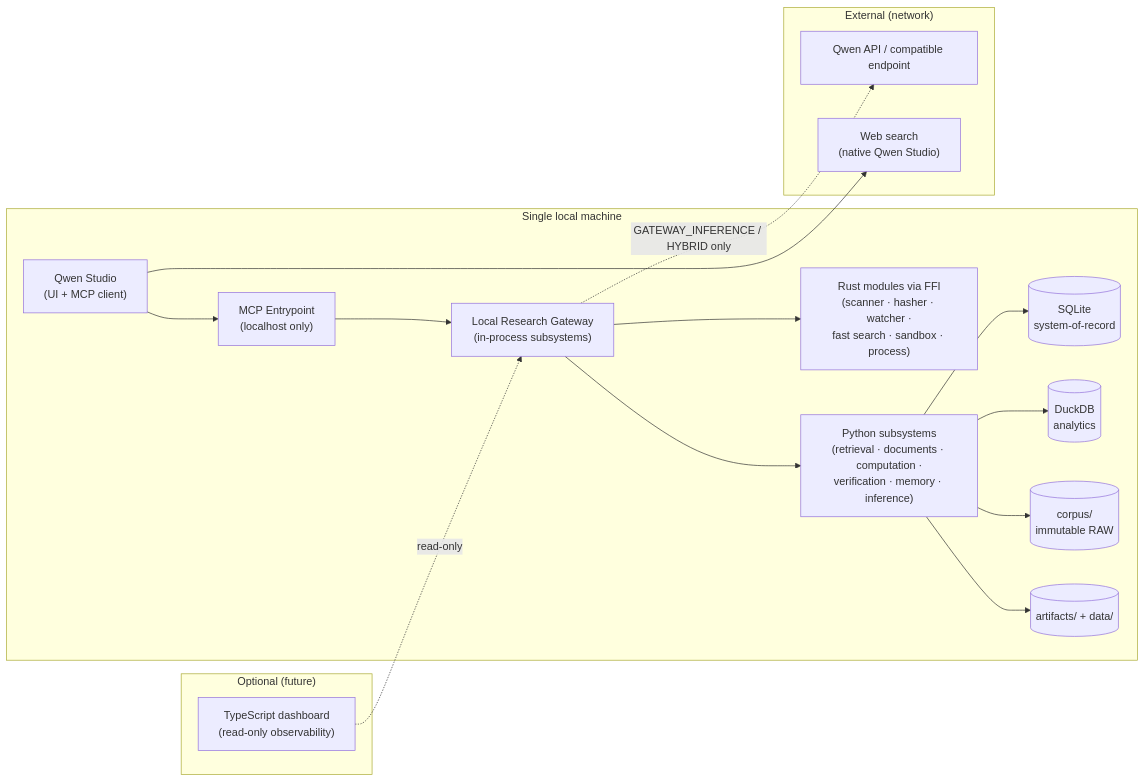
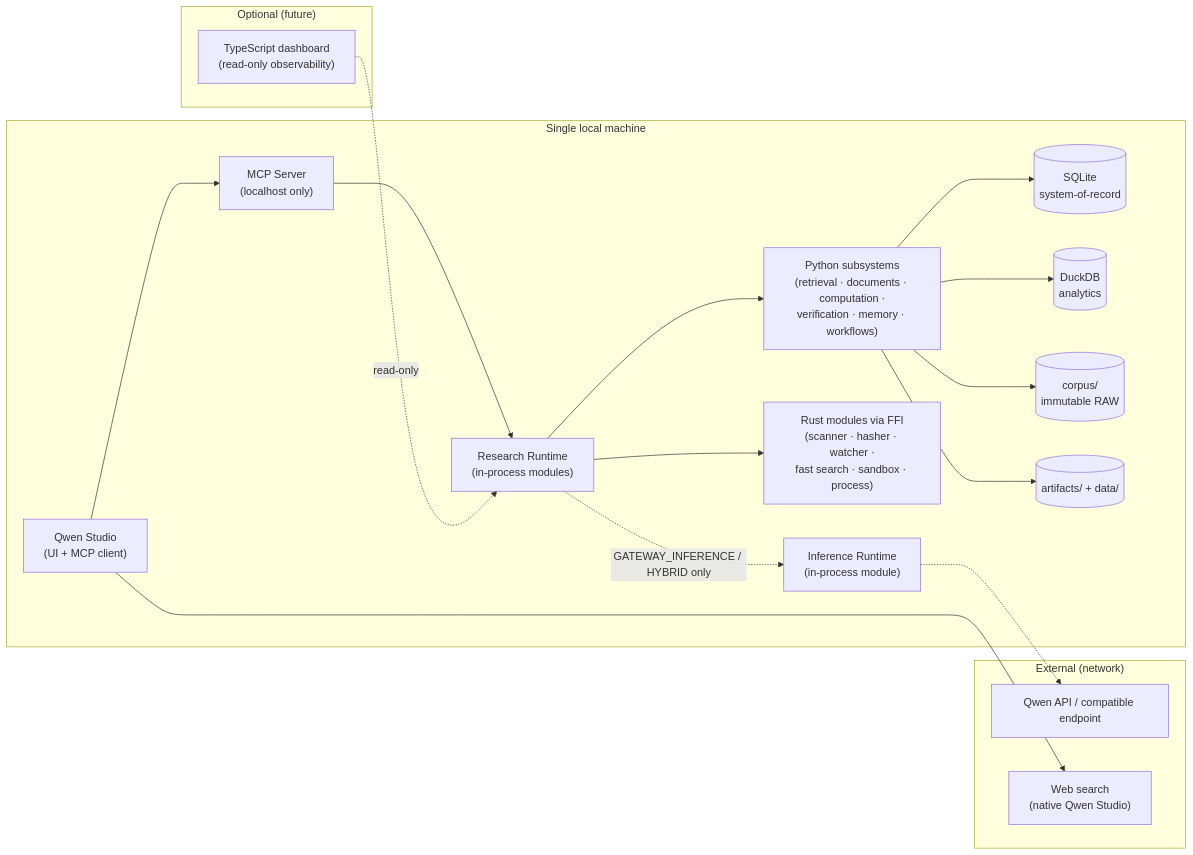
The diagram in docs/architecture/diagrams/deployment-topology.md (mitem743351/qwen), drawn with Mermaid before and after one commit. The commit also changed other lines of this file and 36 other files, not shown here.

First line of the commit message:
Phase 0.75: runtime boundary and execution architecture

````diff
--- a/docs/architecture/diagrams/deployment-topology.md
+++ b/docs/architecture/diagrams/deployment-topology.md
@@ -3,35 +3,37 @@
 ```mermaid
 flowchart LR
     subgraph HOST["Single local machine"]
         QS["Qwen Studio<br/>(UI + MCP client)"]
-        MCP["MCP Entrypoint<br/>(localhost only)"]
-        GW["Local Research Gateway<br/>(in-process subsystems)"]
+        MCP["MCP Server<br/>(localhost only)"]
+        RR["Research Runtime<br/>(in-process modules)"]
+        IR["Inference Runtime<br/>(in-process module)"]
         RUST["Rust modules via FFI<br/>(scanner · hasher · watcher ·<br/>fast search · sandbox · process)"]
-        PY["Python subsystems<br/>(retrieval · documents · computation ·<br/>verification · memory · inference)"]
+        PY["Python subsystems<br/>(retrieval · documents · computation ·<br/>verification · memory · workflows)"]
         SQLITE[("SQLite<br/>system-of-record")]
         DUCKDB[("DuckDB<br/>analytics")]
         CORPUS[("corpus/<br/>immutable RAW")]
         ART[("artifacts/ + data/")]
     end
 
     subgraph REMOTE["External (network)"]
         API["Qwen API / compatible endpoint"]
         WEB["Web search<br/>(native Qwen Studio)"]
     end
 
     subgraph OPTIONAL["Optional (future)"]
         DASH["TypeScript dashboard<br/>(read-only observability)"]
     end
 
     QS --> MCP
     QS --> WEB
-    MCP --> GW
-    GW --> PY
-    GW --> RUST
+    MCP --> RR
+    RR --> PY
+    RR --> RUST
+    RR -.->|"GATEWAY_INFERENCE / HYBRID only"| IR
+    IR -.-> API
     PY --> SQLITE
     PY --> DUCKDB
     PY --> CORPUS
     PY --> ART
-    GW -.->|"GATEWAY_INFERENCE / HYBRID only"| API
-    DASH -.->|read-only| GW
+    DASH -.->|read-only| RR
 ```
````
